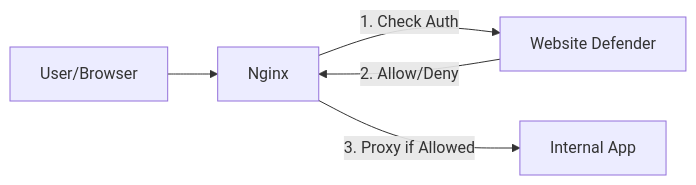
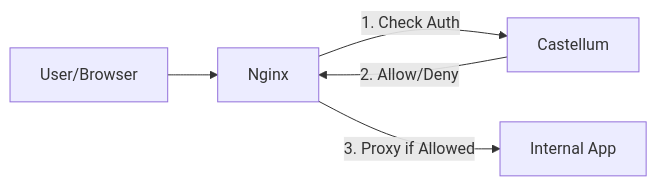
Before and after one commit to Flmelody/open-website-defender: the diagram in README.md, drawn with Mermaid. The commit also changed other lines of this file and 158 other files, not shown here.

````diff
--- a/README.md
+++ b/README.md
@@ -22,7 +22,7 @@
 ```mermaid
 graph LR
     User[User/Browser] --> Nginx
-    Nginx -->|1. Check Auth| Defender[Website Defender]
-    Defender -->|2. Allow/Deny| Nginx
+    Nginx -->|1. Check Auth| Castellum[Castellum]
+    Castellum -->|2. Allow/Deny| Nginx
     Nginx -->|3. Proxy if Allowed| App[Internal App]
 ```
````
